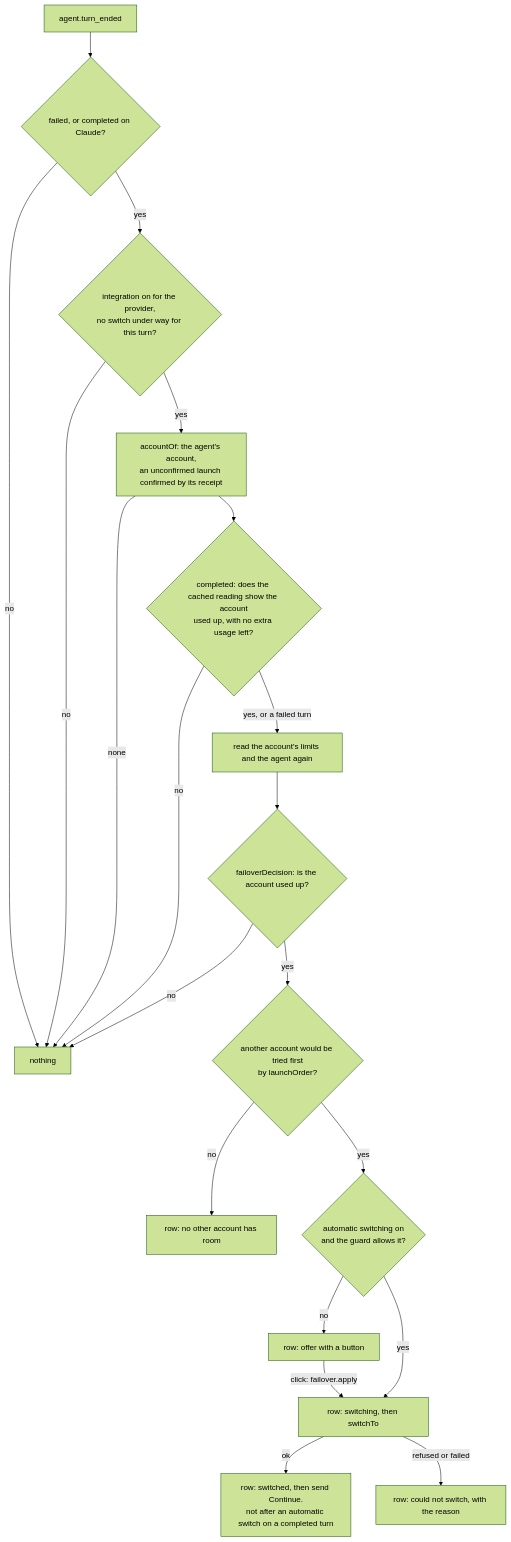
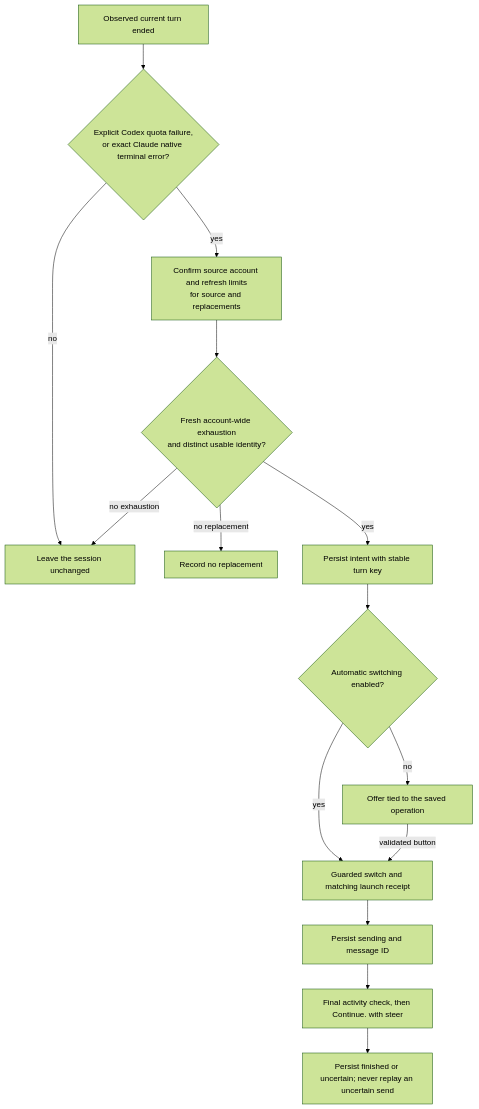
Before and after one commit to dutchakdev/paseo-plugin-account-switcher: the third of 3 diagrams in docs/architecture.md, drawn with Mermaid (forest theme). The commit also changed other lines of this file and 27 other files, not shown here.

Commit message:
Resume verified quota interruptions after account failover

````diff
--- a/docs/architecture.md
+++ b/docs/architecture.md
@@ -120,22 +128,17 @@
 ```mermaid
 flowchart TD
-  T[agent.turn_ended] --> K{failed, or completed on Claude?}
-  K -- no --> Z[nothing]
-  K -- yes --> P{integration on for the provider,<br/>no switch under way for this turn?}
-  P -- no --> Z
-  P -- yes --> W[accountOf: the agent's account,<br/>an unconfirmed launch confirmed by its receipt]
-  W -- none --> Z
-  W --> Q{completed: does the cached reading show the account<br/>used up, with no extra usage left?}
-  Q -- no --> Z
-  Q -- "yes, or a failed turn" --> R[read the account's limits and the agent again]
-  R --> E{failoverDecision: is the account used up?}
-  E -- no --> Z
-  E -- yes --> C{another account would be tried first<br/>by launchOrder?}
-  C -- no --> N[row: no other account has room]
-  C -- yes --> A{automatic switching on<br/>and the guard allows it?}
-  A -- no --> O[row: offer with a button]
-  O -->|click: failover.apply| S
-  A -- yes --> S[row: switching, then switchTo]
-  S -- ok --> D[row: switched, then send Continue.<br/>not after an automatic switch on a completed turn]
-  S -- refused or failed --> F[row: could not switch, with the reason]
+  T[Observed current turn ended] --> E{Explicit Codex quota failure,<br/>or exact Claude native terminal error?}
+  E -- no --> Z[Leave the session unchanged]
+  E -- yes --> R[Confirm source account and refresh limits<br/>for source and replacements]
+  R --> F{Fresh account-wide exhaustion<br/>and distinct usable identity?}
+  F -- no replacement --> N[Record no replacement]
+  F -- no exhaustion --> Z
+  F -- yes --> I[Persist intent with stable turn key]
+  I --> A{Automatic switching enabled?}
+  A -- no --> O[Offer tied to the saved operation]
+  A -- yes --> S
+  O -->|validated button| S[Guarded switch and matching launch receipt]
+  S --> D[Persist sending and message ID]
+  D --> C[Final activity check, then Continue. with steer]
+  C --> J[Persist finished or uncertain; never replay an uncertain send]
 ```
````
